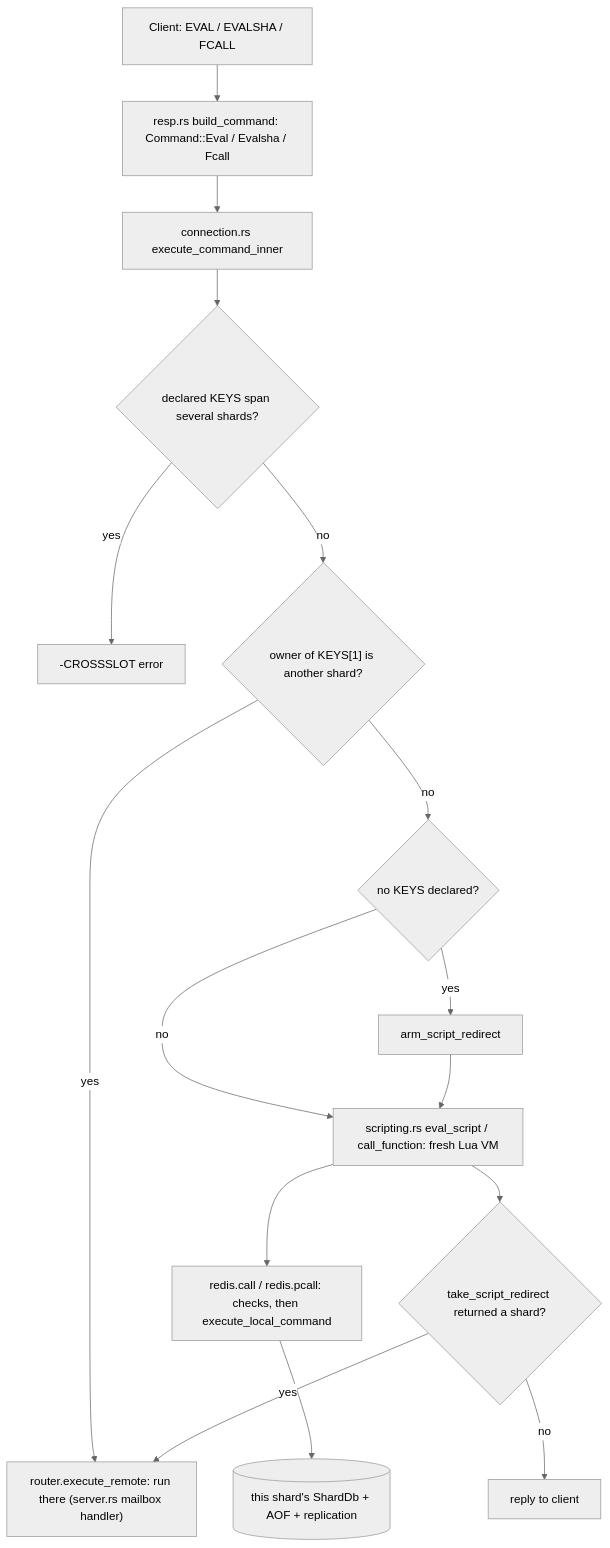
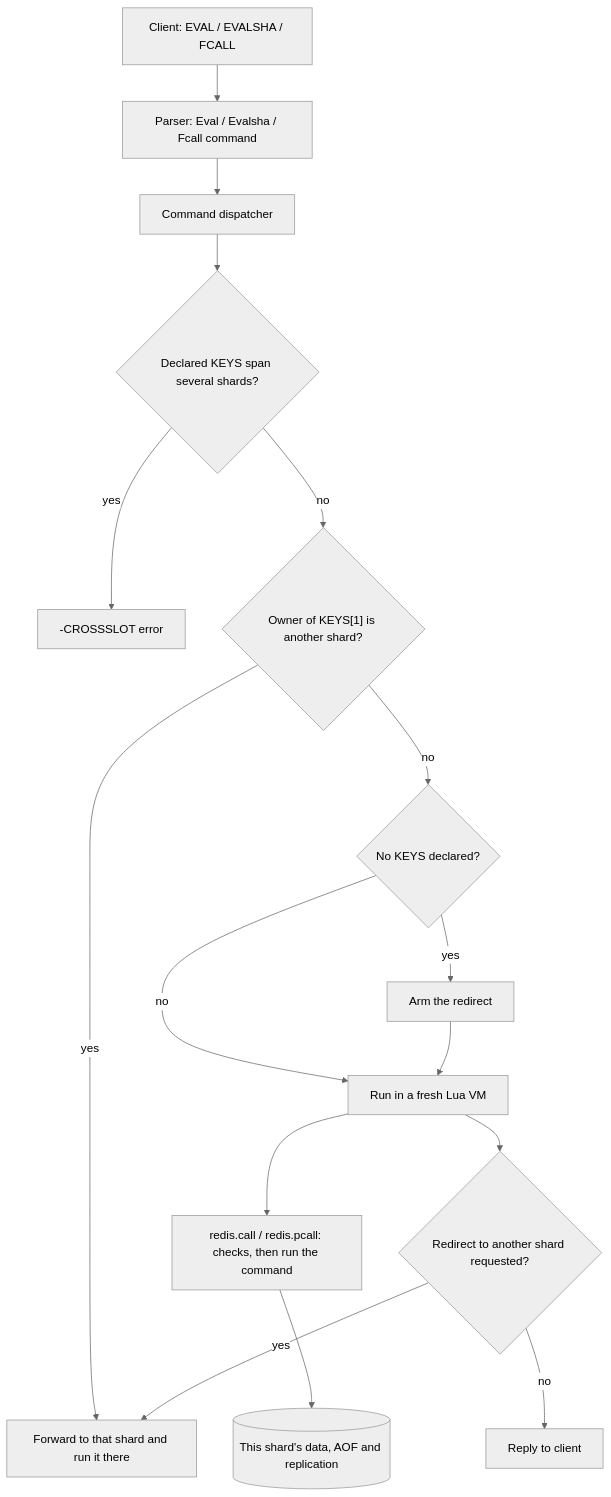
Before and after one commit to warrenzhu25/rudis: the first of 3 diagrams in docs/internal/13_scripting_functions.md, drawn with Mermaid (neutral theme). The commit also changed other lines of this file, not shown here.

First line of the commit message:
docs(internal): rewrite scripting guide in the prose-first style

````diff
--- a/docs/internal/13_scripting_functions.md
+++ b/docs/internal/13_scripting_functions.md
@@ -37,18 +40,18 @@
 ```mermaid
 flowchart TD
-    C["Client: EVAL / EVALSHA / FCALL"] --> P["resp.rs build_command: Command::Eval / Evalsha / Fcall"]
-    P --> D["connection.rs execute_command_inner"]
-    D --> X{"declared KEYS span several shards?"}
+    C["Client: EVAL / EVALSHA / FCALL"] --> P["Parser: Eval / Evalsha / Fcall command"]
+    P --> D["Command dispatcher"]
+    D --> X{"Declared KEYS span several shards?"}
     X -- yes --> E1["-CROSSSLOT error"]
-    X -- no --> F{"owner of KEYS[1] is another shard?"}
-    F -- yes --> R["router.execute_remote: run there (server.rs mailbox handler)"]
-    F -- no --> A{"no KEYS declared?"}
-    A -- yes --> ARM["arm_script_redirect"]
+    X -- no --> F{"Owner of KEYS[1] is another shard?"}
+    F -- yes --> R["Forward to that shard and run it there"]
+    F -- no --> A{"No KEYS declared?"}
+    A -- yes --> ARM["Arm the redirect"]
     A -- no --> RUN
-    ARM --> RUN["scripting.rs eval_script / call_function: fresh Lua VM"]
-    RUN --> RC["redis.call / redis.pcall: checks, then execute_local_command"]
-    RC --> DB[("this shard's ShardDb + AOF + replication")]
-    RUN --> T{"take_script_redirect returned a shard?"}
+    ARM --> RUN["Run in a fresh Lua VM"]
+    RUN --> RC["redis.call / redis.pcall: checks, then run the command"]
+    RC --> DB[("This shard's data, AOF and replication")]
+    RUN --> T{"Redirect to another shard requested?"}
     T -- yes --> R
-    T -- no --> OUT["reply to client"]
+    T -- no --> OUT["Reply to client"]
 ```
````
